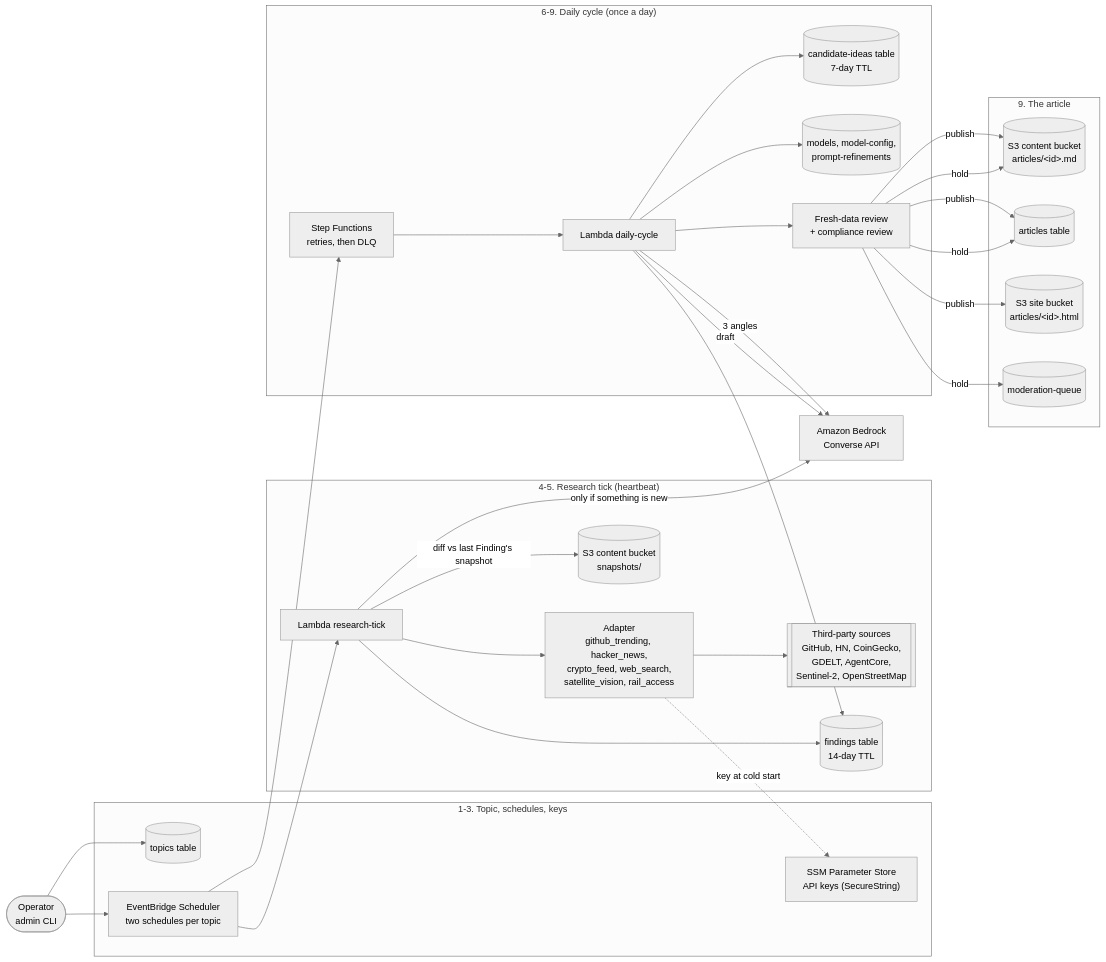
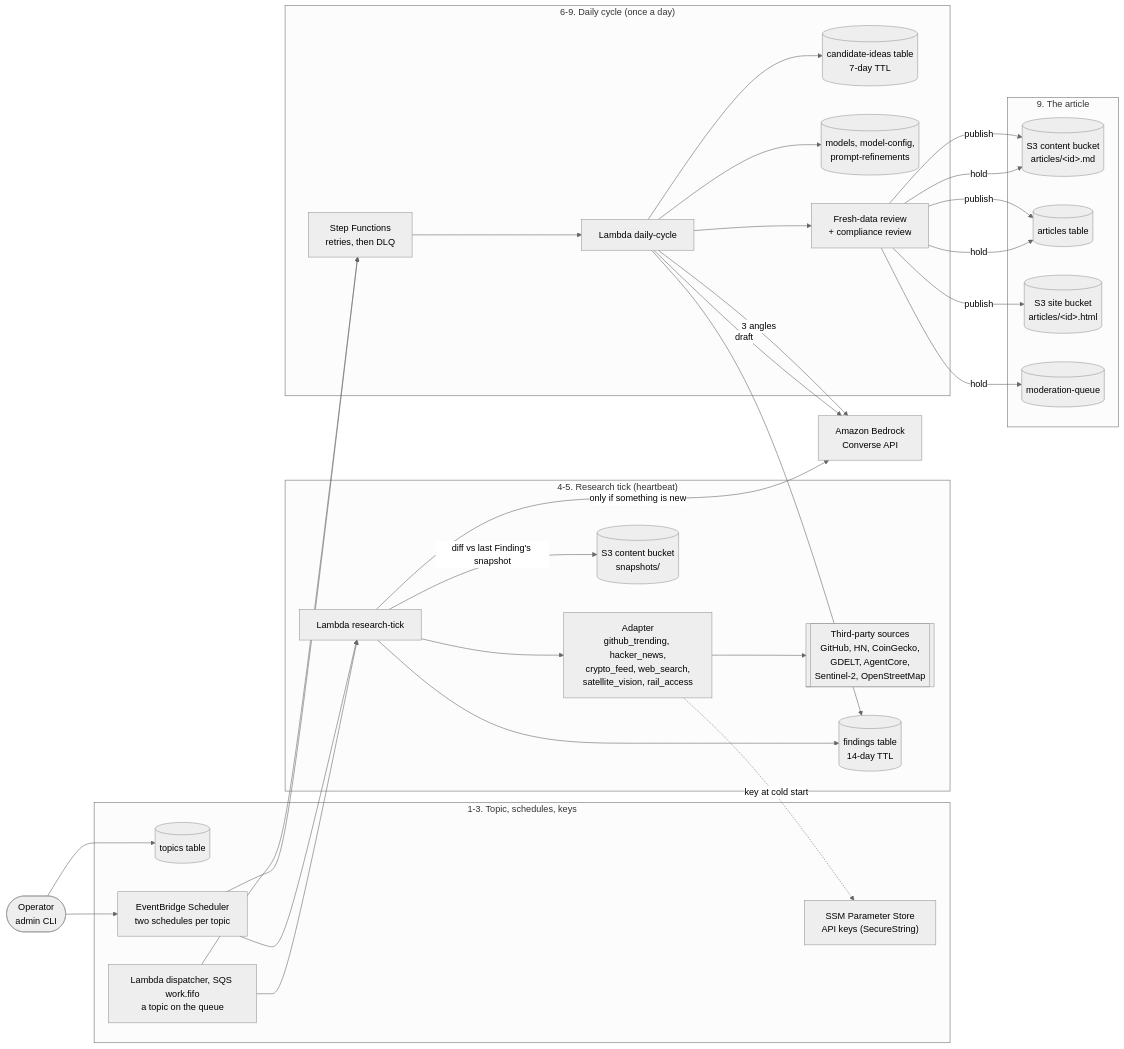
Before and after one commit to AllainWoodsford/BloggerBear: the diagram in docs/architecture/article-research.md, drawn with Mermaid (neutral theme). The commit also changed other lines of this file and 117 other files, not shown here.

````diff
--- a/docs/architecture/article-research.md
+++ b/docs/architecture/article-research.md
@@ -16,48 +16,51 @@
 ```mermaid
 flowchart LR
     admin(["Operator<br/>admin CLI"])
     subgraph setup["1-3. Topic, schedules, keys"]
         topics[("topics table")]
         sched["EventBridge Scheduler<br/>two schedules per topic"]
+        disp["Lambda dispatcher, SQS work.fifo<br/>a topic on the queue"]
         ssm["SSM Parameter Store<br/>API keys (SecureString)"]
     end
     subgraph research["4-5. Research tick (heartbeat)"]
         tick["Lambda research-tick"]
         adapter["Adapter<br/>github_trending, hacker_news,<br/>crypto_feed, web_search,<br/>satellite_vision, rail_access"]
         src[["Third-party sources<br/>GitHub, HN, CoinGecko,<br/>GDELT, AgentCore,<br/>Sentinel-2, OpenStreetMap"]]
         snap[("S3 content bucket<br/>snapshots/")]
         findings[("findings table<br/>14-day TTL")]
     end
     subgraph daily["6-9. Daily cycle (once a day)"]
         sfn["Step Functions<br/>retries, then DLQ"]
         cycle["Lambda daily-cycle"]
         ideas[("candidate-ideas table<br/>7-day TTL")]
         models[("models, model-config,<br/>prompt-refinements")]
         review["Fresh-data review<br/>+ compliance review"]
     end
     subgraph out["9. The article"]
         body[("S3 content bucket<br/>articles/&lt;id&gt;.md")]
         articles[("articles table")]
         site[("S3 site bucket<br/>articles/&lt;id&gt;.html")]
         queue[("moderation-queue")]
     end
     bedrock["Amazon Bedrock<br/>Converse API"]
 
     admin --> topics
     admin --> sched
     sched --> tick
+    disp --> tick
+    disp --> sfn
     tick --> adapter --> src
     adapter -. "key at cold start" .-> ssm
     tick -- "diff vs last Finding's snapshot" --> snap
     tick -- "only if something is new" --> bedrock
     tick --> findings
     sched --> sfn --> cycle
     cycle --> findings
     cycle -- "3 angles" --> bedrock
     cycle --> ideas
     cycle --> models
     cycle -- "draft" --> bedrock
     cycle --> review
     review -- "publish" --> body & articles & site
     review -- "hold" --> body & articles & queue
 ```
````
